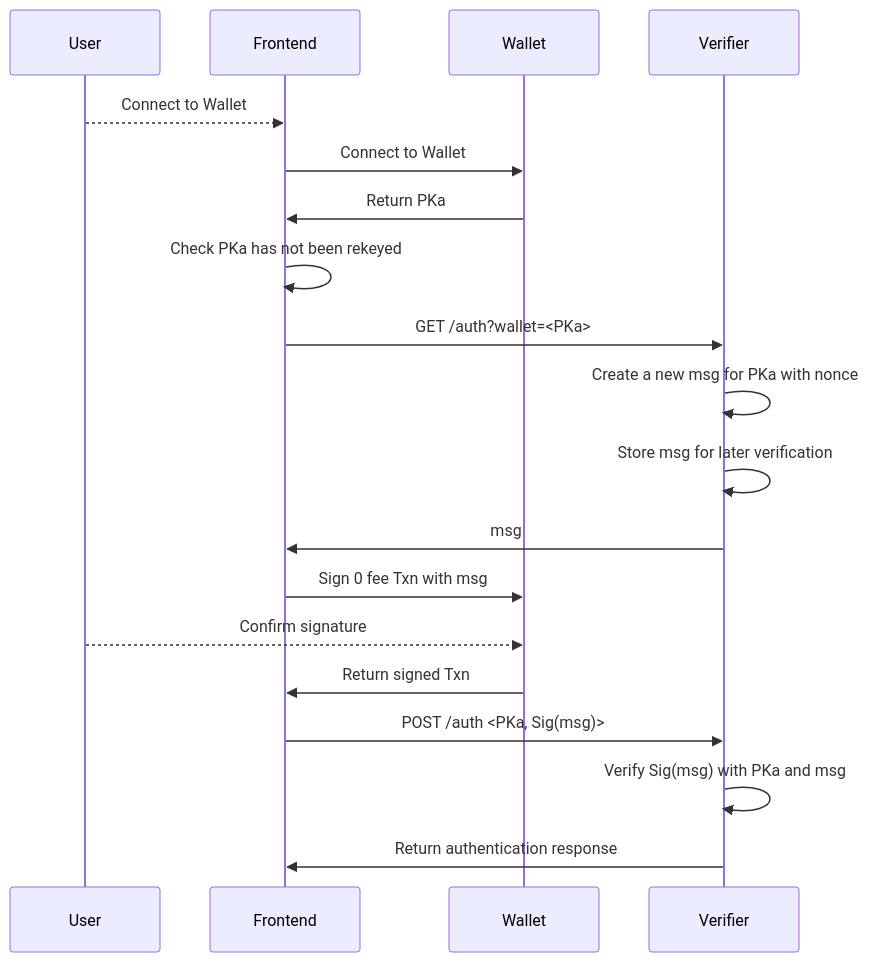
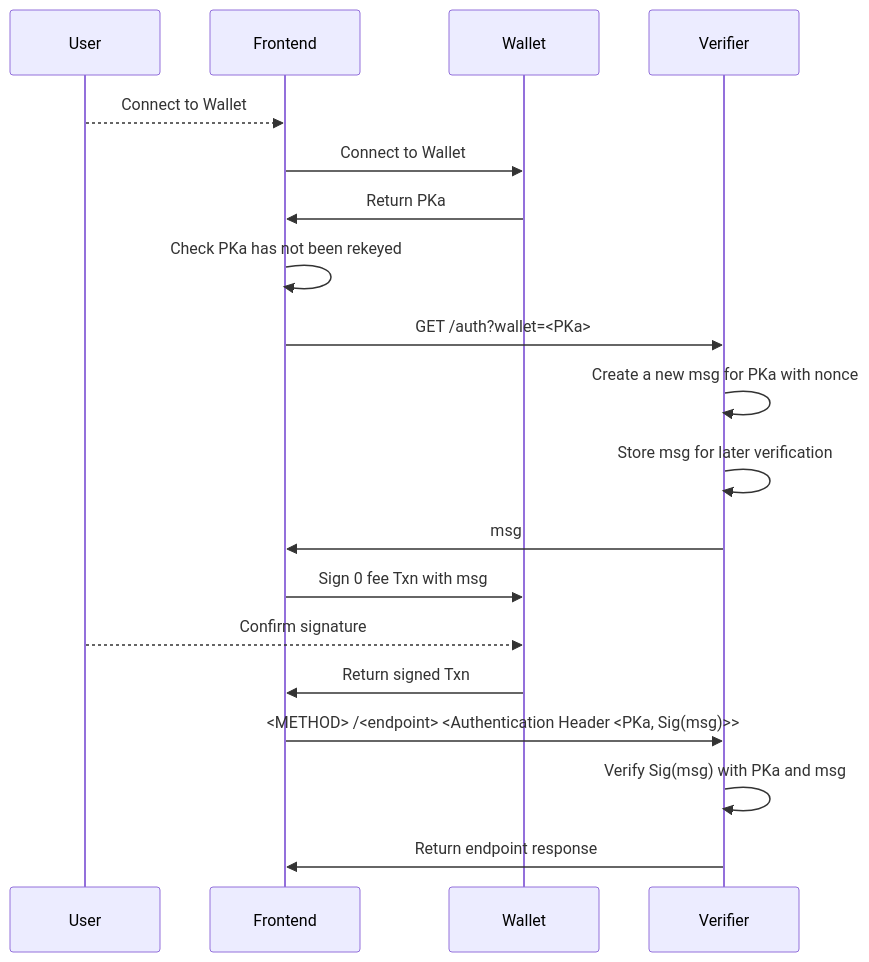
The diagram in README.md (terragrids/dapp), drawn with Mermaid before and after one commit. The commit also changed other lines of this file, not shown here.

````diff
--- a/README.md
+++ b/README.md
@@ -225,21 +226,21 @@
 ```mermaid
 sequenceDiagram
     participant User
     participant Frontend
     participant Wallet
     participant Verifier
     User-->>Frontend: Connect to Wallet
     Frontend->>Wallet: Connect to Wallet
     Wallet->>Frontend: Return PKa
     Frontend->>Frontend: Check PKa has not been rekeyed
     Frontend->>Verifier: GET /auth?wallet=<PKa>
     Verifier->>Verifier: Create a new msg for PKa with nonce
     Verifier->>Verifier: Store msg for later verification
     Verifier->>Frontend: msg
     Frontend->>Wallet: Sign 0 fee Txn with msg
     User-->>Wallet: Confirm signature
     Wallet->>Frontend: Return signed Txn
-    Frontend->>Verifier: POST /auth <PKa, Sig(msg)>
+    Frontend->>Verifier: <METHOD> /<endpoint> <Authentication Header <PKa, Sig(msg)>>
     Verifier->>Verifier: Verify Sig(msg) with PKa and msg
-    Verifier->>Frontend: Return authentication response
+    Verifier->>Frontend: Return endpoint response
 ```
````
